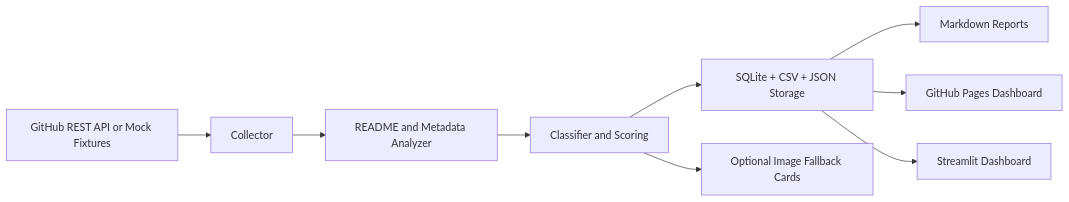
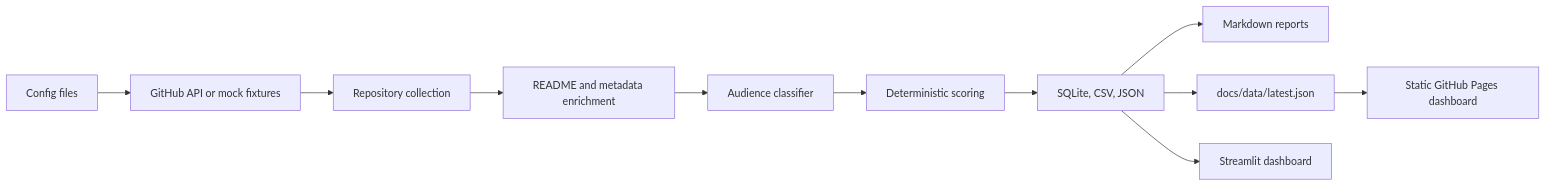
Before and after one commit to LeombE/github-insight-radar: the diagram in README.md, drawn with Mermaid. The commit also changed other lines of this file and 3 other files, not shown here.

````diff
--- a/README.md
+++ b/README.md
@@ -18,11 +38,13 @@
 ```mermaid
 flowchart LR
-  A[GitHub REST API or Mock Fixtures] --> B[Collector]
-  B --> C[README and Metadata Analyzer]
-  C --> D[Classifier and Scoring]
-  D --> E[SQLite + CSV + JSON Storage]
-  E --> F[Markdown Reports]
-  E --> G[GitHub Pages Dashboard]
-  E --> H[Streamlit Dashboard]
-  D --> I[Optional Image Fallback Cards]
+  A[Config files] --> B[GitHub API or mock fixtures]
+  B --> C[Repository collection]
+  C --> D[README and metadata enrichment]
+  D --> E[Audience classifier]
+  E --> F[Deterministic scoring]
+  F --> G[SQLite, CSV, JSON]
+  G --> H[Markdown reports]
+  G --> I[docs/data/latest.json]
+  I --> J[Static GitHub Pages dashboard]
+  G --> K[Streamlit dashboard]
 ```
````
